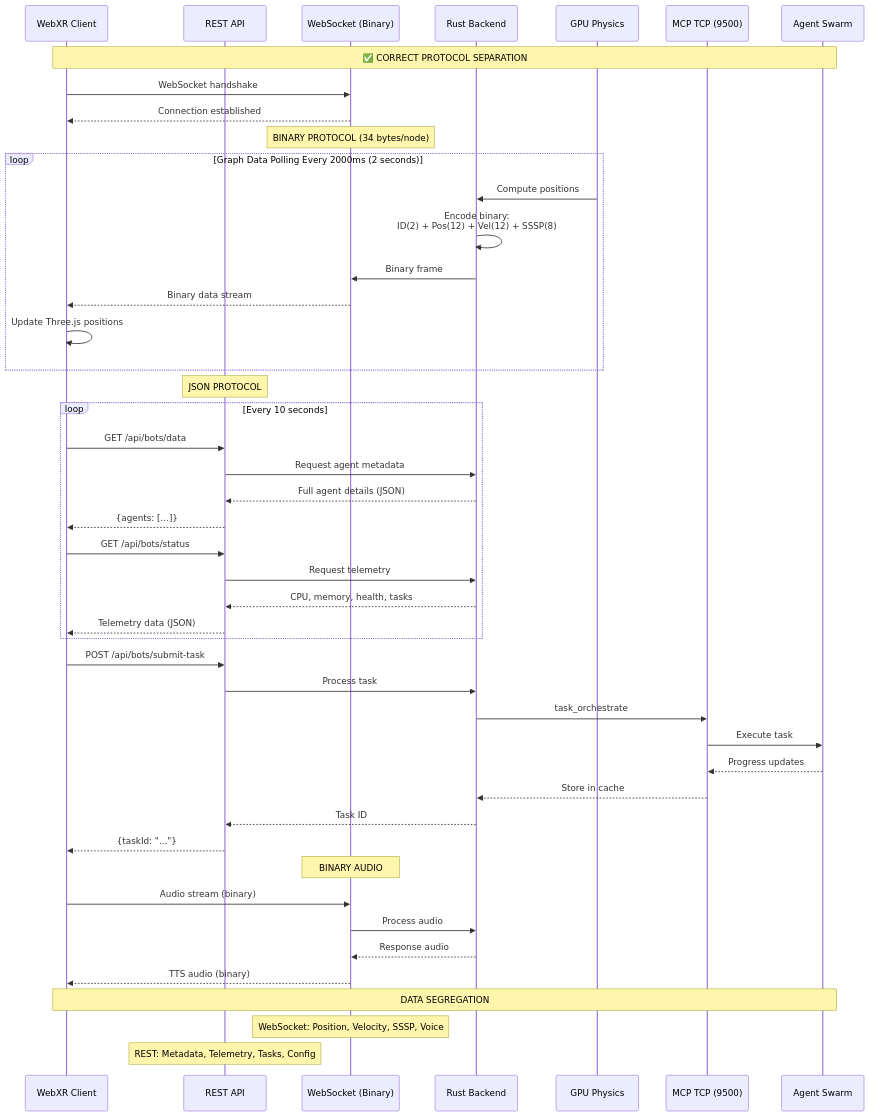
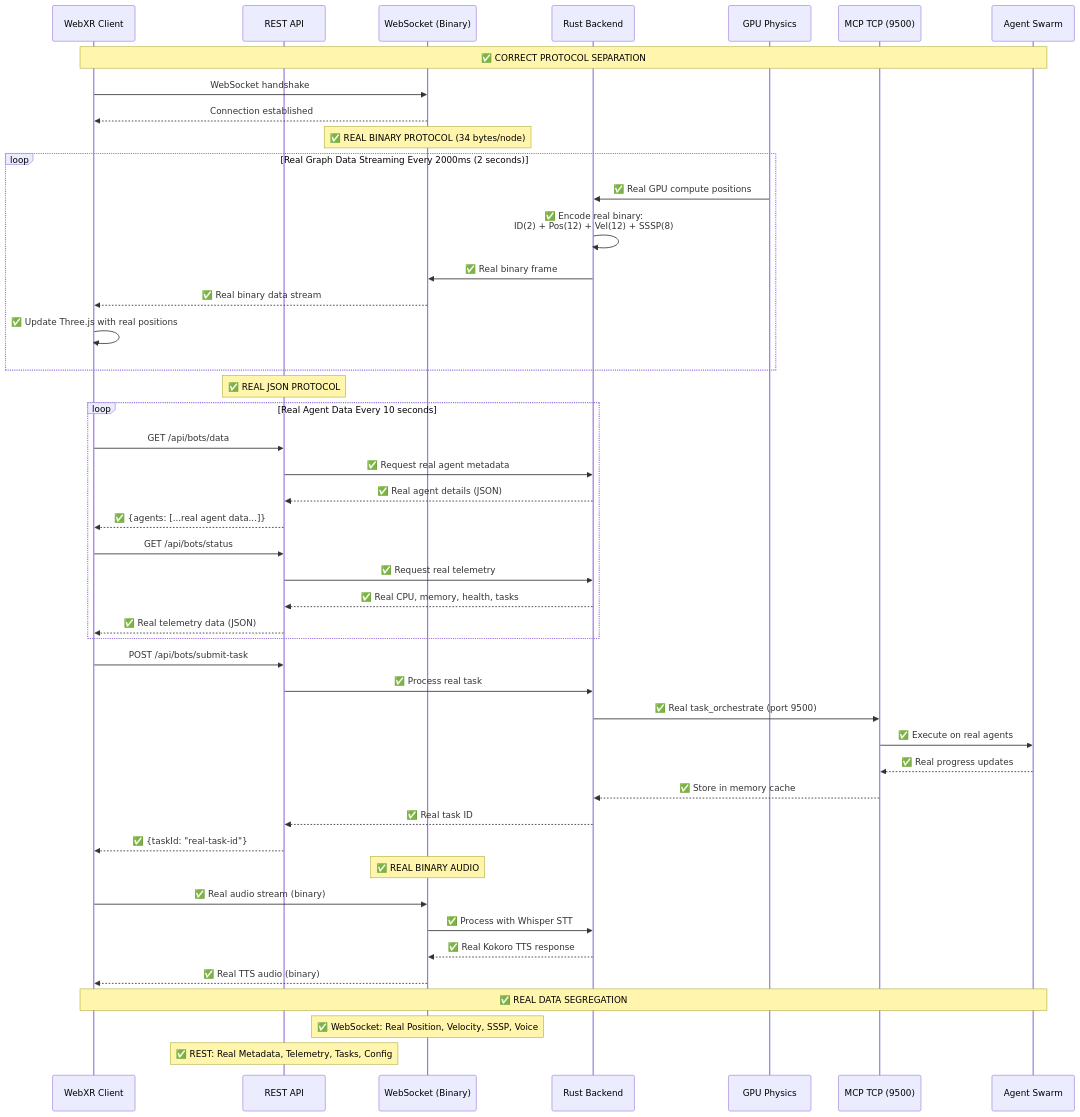
One commit to DreamLab-AI/VisionFlow changed diagram 24 of 26 in docs/high-level.md. Above: the diagram before and after it, drawn with Mermaid. The commit also changed other lines of this file and 17 other files, not shown here.

````diff
--- a/docs/high-level.md
+++ b/docs/high-level.md
@@ -2123,61 +2127,61 @@
 ```mermaid
 sequenceDiagram
     participant Client as WebXR Client
     participant REST as REST API
     participant WS as WebSocket (Binary)
     participant Backend as Rust Backend
     participant GPU as GPU Physics
     participant TCP as MCP TCP (9500)
     participant Agents as Agent Swarm
 
     Note over Client,Agents: ✅ CORRECT PROTOCOL SEPARATION
 
     %% Initial Connection
     Client->>WS: WebSocket handshake
     WS-->>Client: Connection established
 
     %% High-Speed Binary Data (WebSocket)
-    Note over WS: BINARY PROTOCOL (34 bytes/node)
-    loop Graph Data Polling Every 2000ms (2 seconds)
-        GPU->>Backend: Compute positions
-        Backend->>Backend: Encode binary:<br/>ID(2) + Pos(12) + Vel(12) + SSSP(8)
-        Backend->>WS: Binary frame
-        WS-->>Client: Binary data stream
-        Client->>Client: Update Three.js positions
+    Note over WS: ✅ REAL BINARY PROTOCOL (34 bytes/node)
+    loop Real Graph Data Streaming Every 2000ms (2 seconds)
+        GPU->>Backend: ✅ Real GPU compute positions
+        Backend->>Backend: ✅ Encode real binary:<br/>ID(2) + Pos(12) + Vel(12) + SSSP(8)
+        Backend->>WS: ✅ Real binary frame
+        WS-->>Client: ✅ Real binary data stream
+        Client->>Client: ✅ Update Three.js with real positions
     end
 
     %% Metadata & Telemetry (REST)
-    Note over REST: JSON PROTOCOL
-    loop Every 10 seconds
+    Note over REST: ✅ REAL JSON PROTOCOL
+    loop Real Agent Data Every 10 seconds
         Client->>REST: GET /api/bots/data
-        REST->>Backend: Request agent metadata
-        Backend-->>REST: Full agent details (JSON)
-        REST-->>Client: {agents: [...]}
+        REST->>Backend: ✅ Request real agent metadata
+        Backend-->>REST: ✅ Real agent details (JSON)
+        REST-->>Client: ✅ {agents: [...real agent data...]}
 
         Client->>REST: GET /api/bots/status
-        REST->>Backend: Request telemetry
-        Backend-->>REST: CPU, memory, health, tasks
-        REST-->>Client: Telemetry data (JSON)
+        REST->>Backend: ✅ Request real telemetry
+        Backend-->>REST: ✅ Real CPU, memory, health, tasks
+        REST-->>Client: ✅ Real telemetry data (JSON)
     end
 
     %% Task Submission (REST)
     Client->>REST: POST /api/bots/submit-task
-    REST->>Backend: Process task
-    Backend->>TCP: task_orchestrate
-    TCP->>Agents: Execute task
-    Agents-->>TCP: Progress updates
-    TCP-->>Backend: Store in cache
-    Backend-->>REST: Task ID
-    REST-->>Client: {taskId: "..."}
+    REST->>Backend: ✅ Process real task
+    Backend->>TCP: ✅ Real task_orchestrate (port 9500)
+    TCP->>Agents: ✅ Execute on real agents
+    Agents-->>TCP: ✅ Real progress updates
+    TCP-->>Backend: ✅ Store in memory cache
+    Backend-->>REST: ✅ Real task ID
+    REST-->>Client: ✅ {taskId: "real-task-id"}
 
     %% Voice Streams (WebSocket)
-    Note over WS: BINARY AUDIO
-    Client->>WS: Audio stream (binary)
-    WS->>Backend: Process audio
-    Backend-->>WS: Response audio
-    WS-->>Client: TTS audio (binary)
+    Note over WS: ✅ REAL BINARY AUDIO
+    Client->>WS: ✅ Real audio stream (binary)
+    WS->>Backend: ✅ Process with Whisper STT
+    Backend-->>WS: ✅ Real Kokoro TTS response
+    WS-->>Client: ✅ Real TTS audio (binary)
 
-    Note over Client,Agents: DATA SEGREGATION
-    Note over WS: WebSocket: Position, Velocity, SSSP, Voice
-    Note over REST: REST: Metadata, Telemetry, Tasks, Config
+    Note over Client,Agents: ✅ REAL DATA SEGREGATION
+    Note over WS: ✅ WebSocket: Real Position, Velocity, SSSP, Voice
+    Note over REST: ✅ REST: Real Metadata, Telemetry, Tasks, Config
 ```
````
